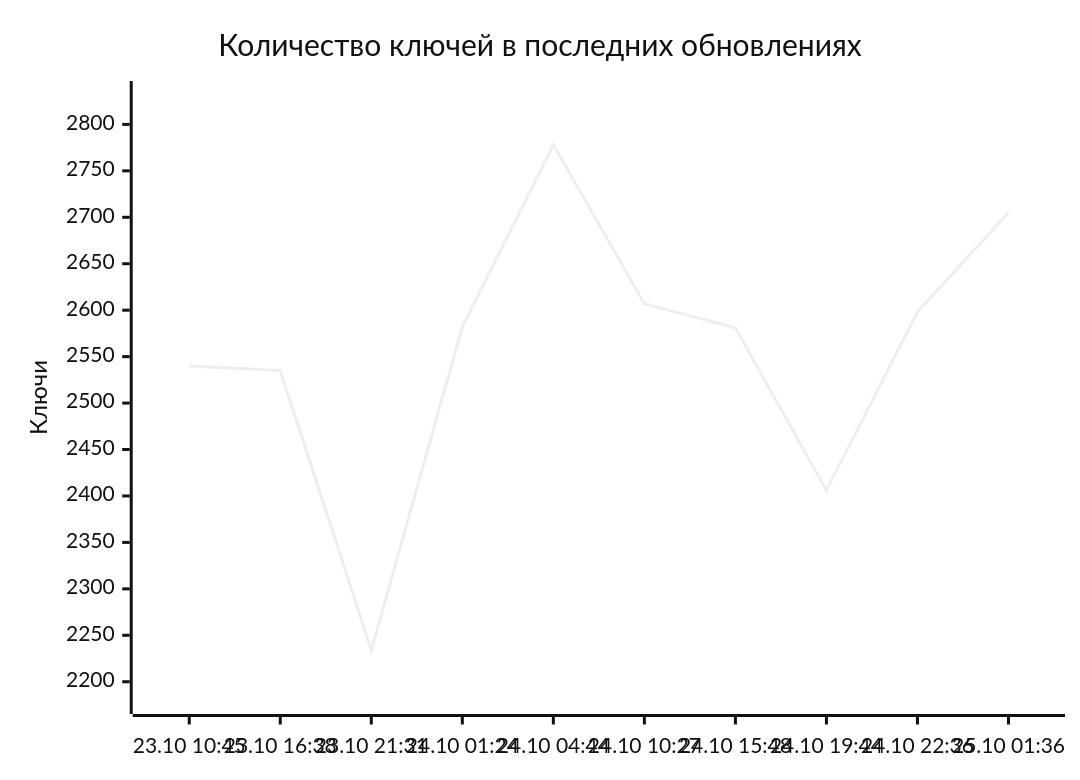
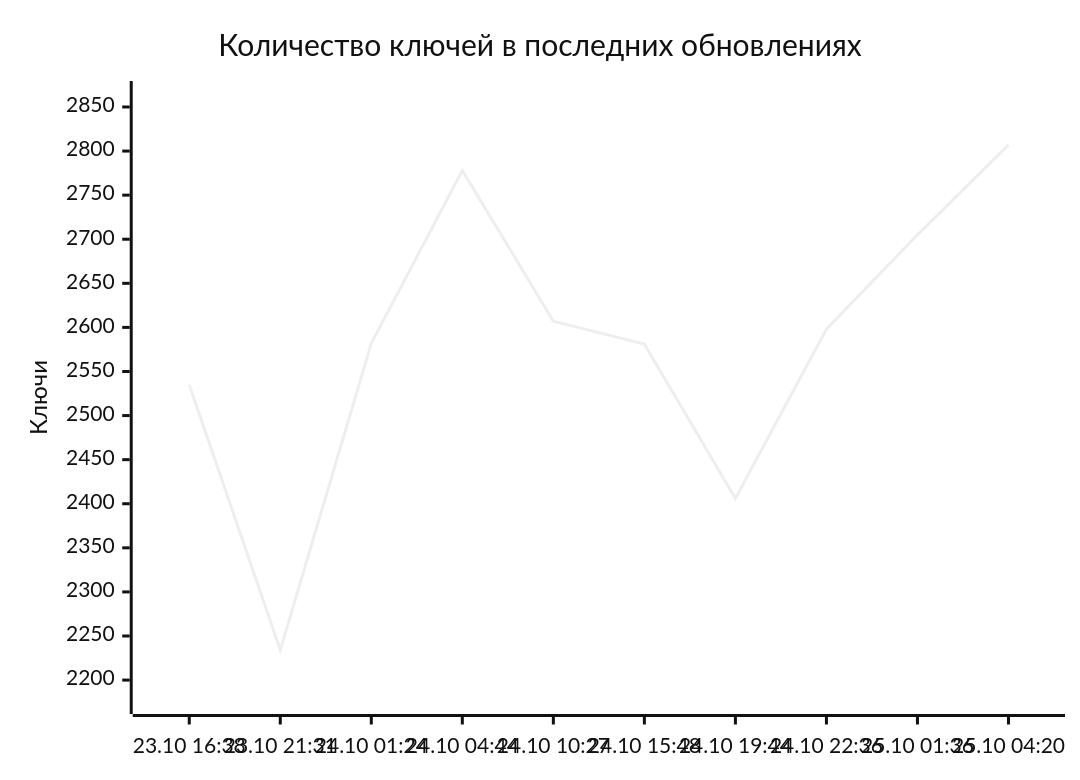
One commit to markKikhtenko/WireVeil changed the diagram in README.md. Above: the diagram before and after it, drawn with Mermaid (neutral theme). The commit also changed other lines of this file and 12 other files, not shown here.

````diff
--- a/README.md
+++ b/README.md
@@ -55,7 +55,7 @@
 ```mermaid
 xychart-beta
     title "Количество ключей в последних обновлениях"
-    x-axis ["23.10 10:45", "23.10 16:38", "23.10 21:31", "24.10 01:24", "24.10 04:44", "24.10 10:27", "24.10 15:48", "24.10 19:44", "24.10 22:36", "25.10 01:36"]
-    y-axis "Ключи" 2179 --> 2833
-    line [2540, 2535, 2234, 2582, 2778, 2607, 2581, 2406, 2598, 2705]
+    x-axis ["23.10 16:38", "23.10 21:31", "24.10 01:24", "24.10 04:44", "24.10 10:27", "24.10 15:48", "24.10 19:44", "24.10 22:36", "25.10 01:36", "25.10 04:20"]
+    y-axis "Ключи" 2176 --> 2865
+    line [2535, 2234, 2582, 2778, 2607, 2581, 2406, 2598, 2705, 2807]
 ```
````
